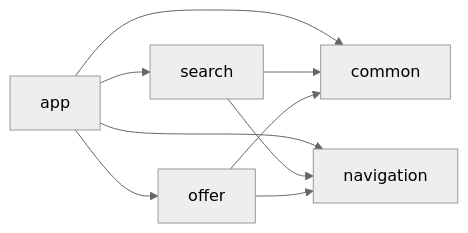
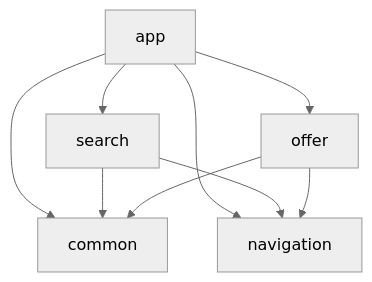
One commit to sorikirisulong/android_multi_module_navigator changed the diagram in README.md. Above: the diagram before and after it, drawn with Mermaid.

````diff
--- a/README.md
+++ b/README.md
@@ -13,17 +13,17 @@
 ```mermaid
 %%{
   init: {
     'theme': 'neutral'
   }
 }%%
 
-graph LR
+graph TD
   app --> common
   app --> navigation
   app --> search
   app --> offer
   search --> common
   search --> navigation
   offer --> common
   offer --> navigation
 ```
````
